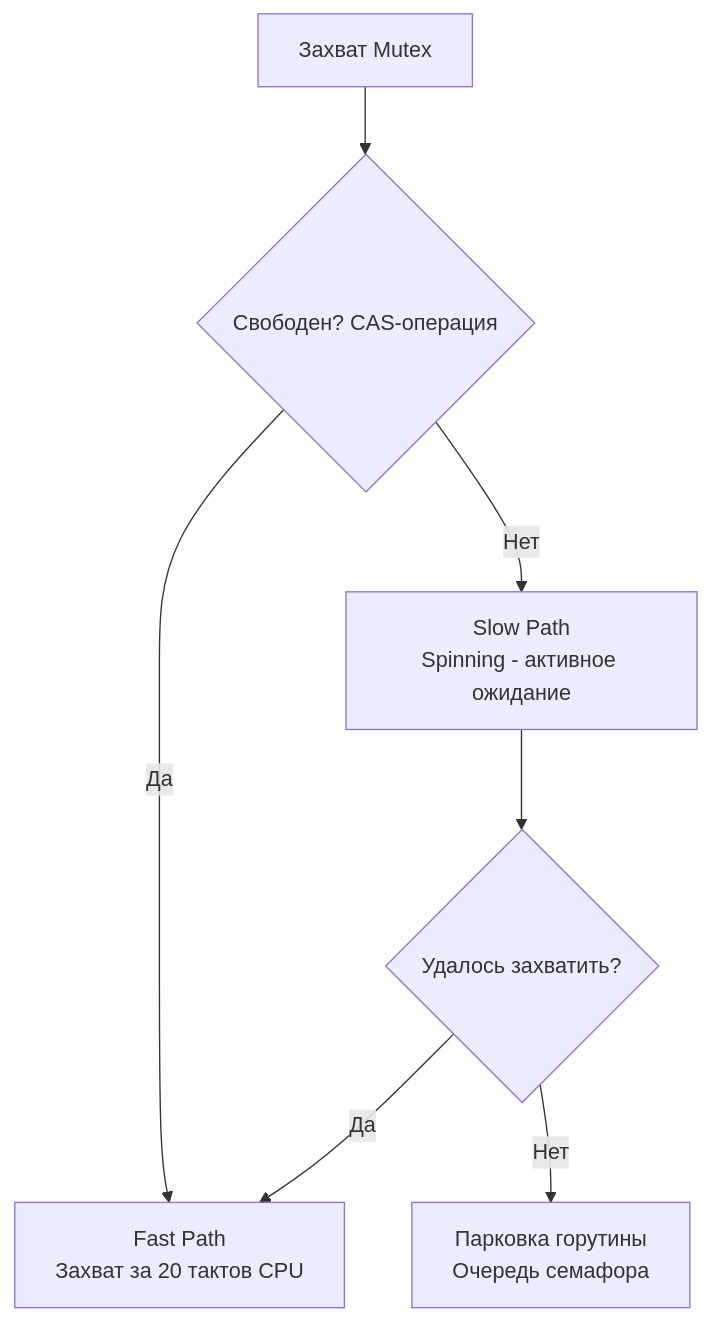
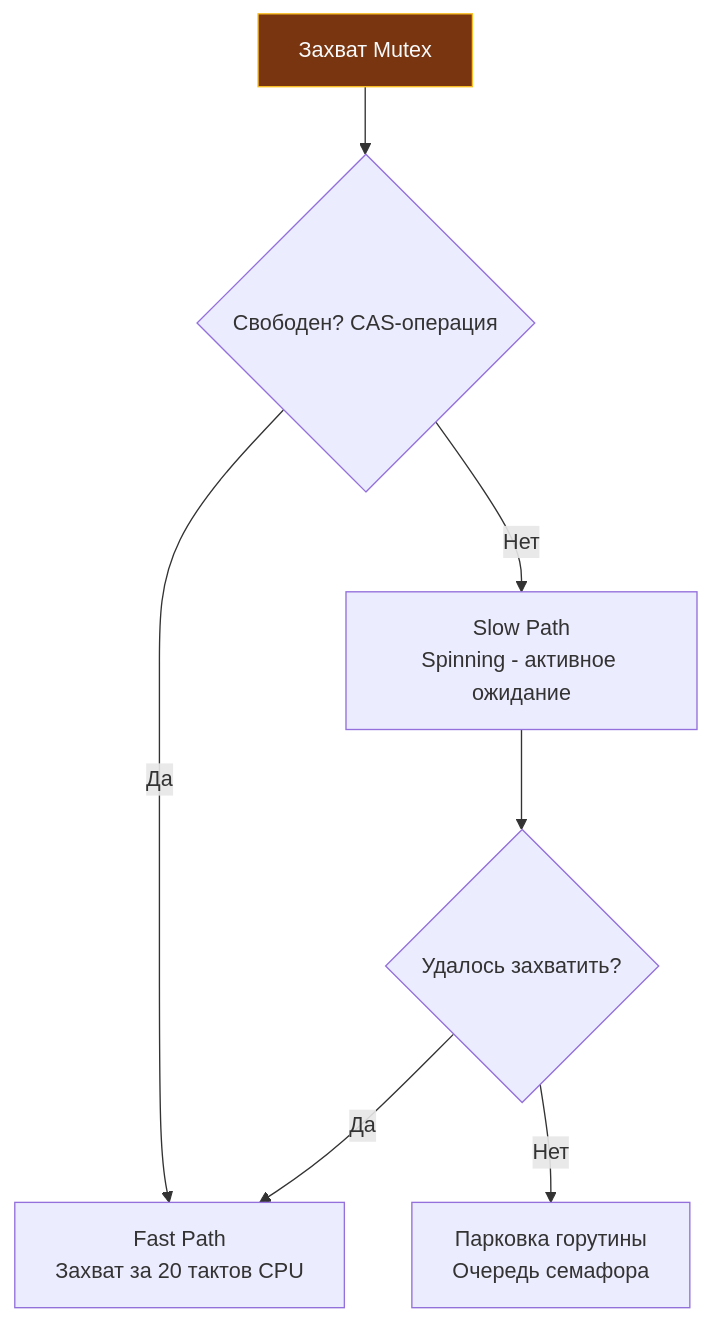
One commit to UnrealTemplier/go-textbook changed the second of 3 diagrams in sources/5. Учебник по Go (Основы и синтаксис)/40. sync.WaitGroup, Mutex, RWMutex.md. Above: the diagram before and after it, drawn with Mermaid. The commit also changed other lines of this file and 1666 other files, not shown here.

First line of the commit message:
feat(mermaid): add semantic color classDef to 1369 colorless flowchart/graph diagrams

````diff
--- a/sources/5. Учебник по Go (Основы и синтаксис)/40. sync.WaitGroup, Mutex, RWMutex.md
+++ b/sources/5. Учебник по Go (Основы и синтаксис)/40. sync.WaitGroup, Mutex, RWMutex.md
@@ -79,9 +89,19 @@
 ```mermaid
 flowchart TD
-    A["Захват Mutex"] --> B{"Свободен? CAS-операция"}
+    classDef process  fill:#1e293b,stroke:#38bdf8,stroke-width:1px,color:#f8fafc
+    classDef success  fill:#064e3b,stroke:#34d399,stroke-width:1px,color:#f8fafc
+    classDef error    fill:#7f1d1d,stroke:#f87171,stroke-width:1px,color:#f8fafc
+    classDef warning  fill:#78350f,stroke:#fbbf24,stroke-width:1px,color:#f8fafc
+    classDef entry    fill:#1e3a5f,stroke:#38bdf8,stroke-width:2px,color:#f8fafc
+    classDef aux      fill:#334155,stroke:#64748b,stroke-width:1px,color:#f8fafc
+    classDef system   fill:#312e81,stroke:#a78bfa,stroke-width:1px,color:#f8fafc
+    classDef data     fill:#132d29,stroke:#2dd4bf,stroke-width:1px,color:#f8fafc
+    classDef network  fill:#881337,stroke:#fb7185,stroke-width:1px,color:#f8fafc
+    classDef accent   fill:#1e1b4b,stroke:#818cf8,stroke-width:1px,color:#f8fafc
+    A["Захват Mutex"]:::warning --> B{"Свободен? CAS-операция"}
     B -->|"Да"| C["Fast Path<br>Захват за 20 тактов CPU"]
     B -->|"Нет"| D["Slow Path<br>Spinning - активное ожидание"]
     D --> E{"Удалось захватить?"}
     E -->|"Да"| C
     E -->|"Нет"| F["Парковка горутины<br>Очередь семафора"]
 ```
````
